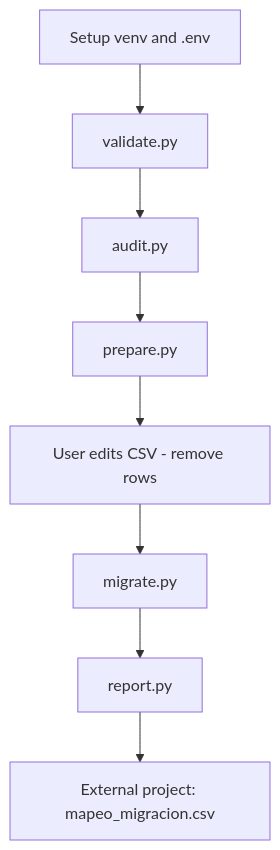
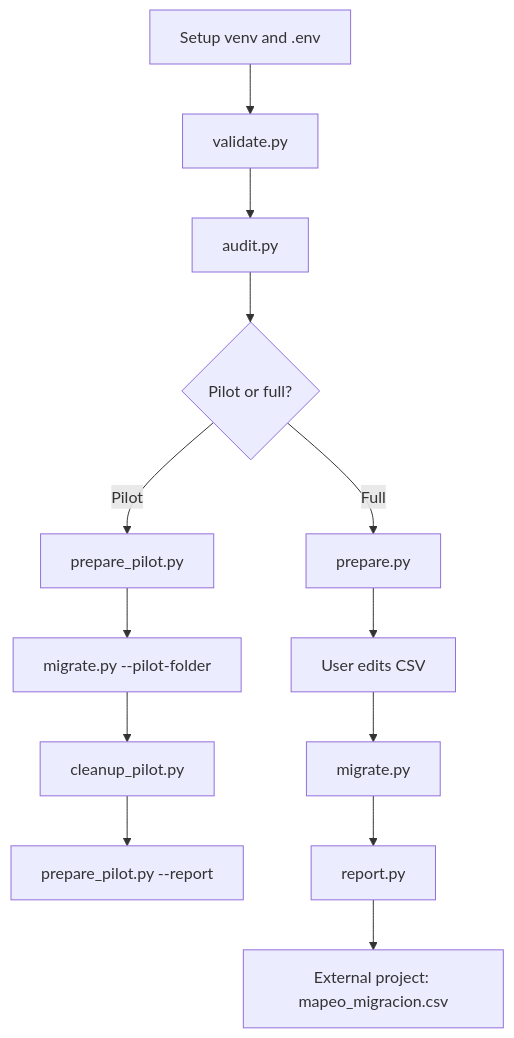
The first of 2 diagrams in docs/WORKFLOW.md (iodani/arcgis-portal-migration), drawn with Mermaid before and after one commit. The commit also changed other lines of this file and 19 other files, not shown here.

````diff
--- a/docs/WORKFLOW.md
+++ b/docs/WORKFLOW.md
@@ -9,10 +9,15 @@
 ```mermaid
 flowchart TD
   Setup[Setup venv and .env] --> Validate[validate.py]
   Validate --> Audit[audit.py]
-  Audit --> Prepare[prepare.py]
-  Prepare --> Curate[User edits CSV - remove rows]
+  Audit --> PilotChoice{Pilot or full?}
+  PilotChoice -->|Pilot| PreparePilot[prepare_pilot.py]
+  PilotChoice -->|Full| Prepare[prepare.py]
+  PreparePilot --> MigratePilot[migrate.py --pilot-folder]
+  MigratePilot --> Cleanup[cleanup_pilot.py]
+  Cleanup --> PilotReport[prepare_pilot.py --report]
+  Prepare --> Curate[User edits CSV]
   Curate --> Migrate[migrate.py]
   Migrate --> Report[report.py]
   Report --> External[External project: mapeo_migracion.csv]
 ```
````
